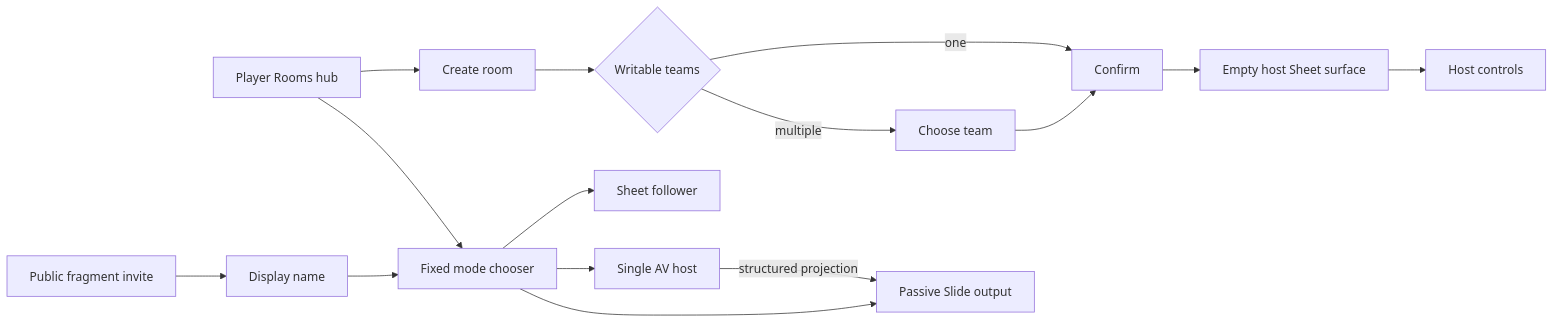
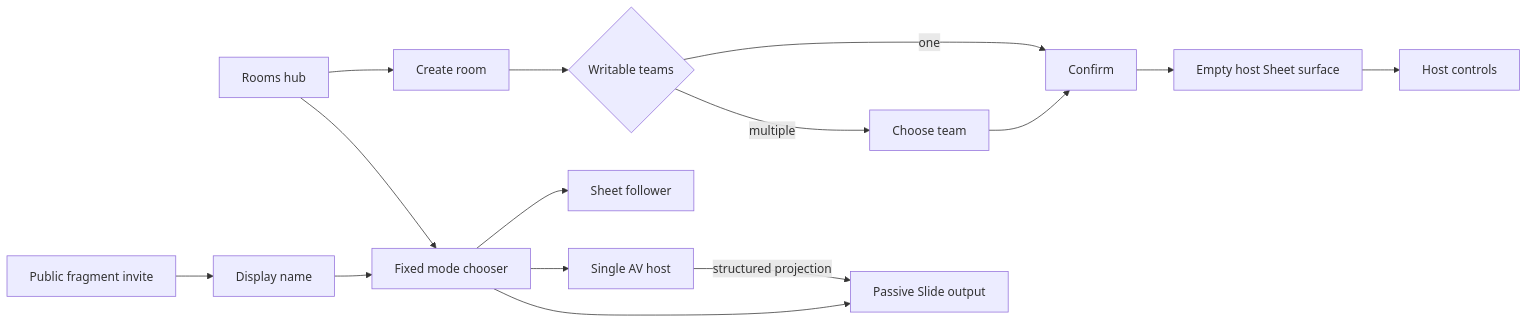
Diagram 50 of 56 in docs/architecture/frontend-user-flows.md (xilefmusics/worshipviewer), drawn with Mermaid before and after one commit. The commit also changed other lines of this file and 108 other files, not shown here.

````diff
--- a/docs/architecture/frontend-user-flows.md
+++ b/docs/architecture/frontend-user-flows.md
@@ -860,15 +860,15 @@
 ```mermaid
 flowchart LR
-    list["Player Rooms hub"] --> create["Create room"]
+    list["Rooms hub"] --> create["Create room"]
     create --> teams{"Writable teams"}
     teams -->|"one"| confirm["Confirm"]
     teams -->|"multiple"| choose["Choose team"] --> confirm
     confirm --> empty["Empty host Sheet surface"]
     list --> chooser["Fixed mode chooser"]
     invite["Public fragment invite"] --> name["Display name"] --> chooser
     chooser --> sheet["Sheet follower"]
     chooser --> av["Single AV host"]
     chooser --> slide["Passive Slide output"]
     empty --> host["Host controls"]
     av -->|"structured projection"| slide
 ```
````
